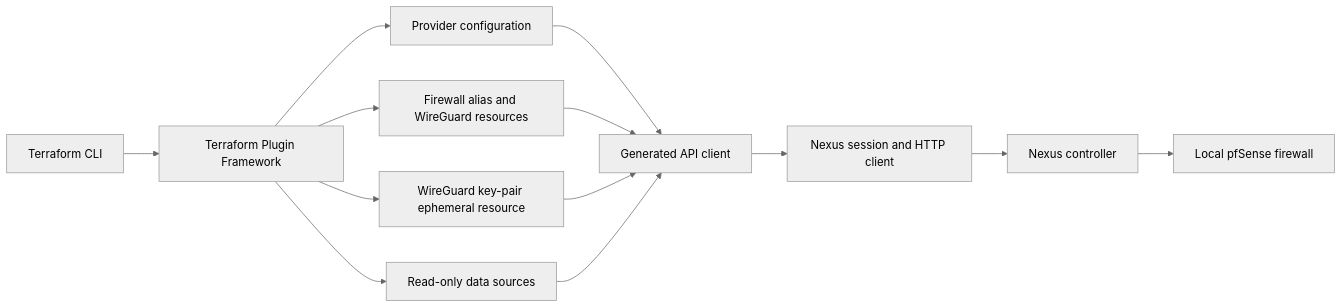
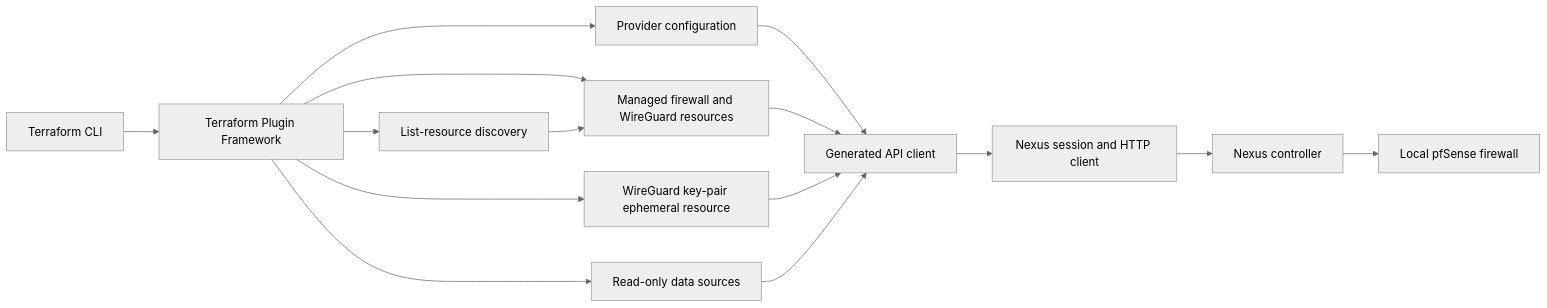
The first of 2 diagrams in ARCHITECTURE.md (geo-gaussian/pfsense-provider), drawn with Mermaid (neutral theme) before and after one commit. The commit also changed other lines of this file and 97 other files, not shown here.

````diff
--- a/ARCHITECTURE.md
+++ b/ARCHITECTURE.md
@@ -32,15 +37,17 @@
 ```mermaid
 flowchart LR
   TF[Terraform CLI] --> Framework[Terraform Plugin Framework]
   Framework --> Provider[Provider configuration]
-  Framework --> Resource[Firewall alias and WireGuard resources]
+  Framework --> Resource[Managed firewall and WireGuard resources]
+  Framework --> Discovery[List-resource discovery]
   Framework --> Ephemeral[WireGuard key-pair ephemeral resource]
   Framework --> Data[Read-only data sources]
   Provider --> API[Generated API client]
   Resource --> API
+  Discovery --> Resource
   Ephemeral --> API
   Data --> API
   API --> Client[Nexus session and HTTP client]
   Client --> Nexus[Nexus controller]
   Nexus --> Firewall[Local pfSense firewall]
 ```
````
